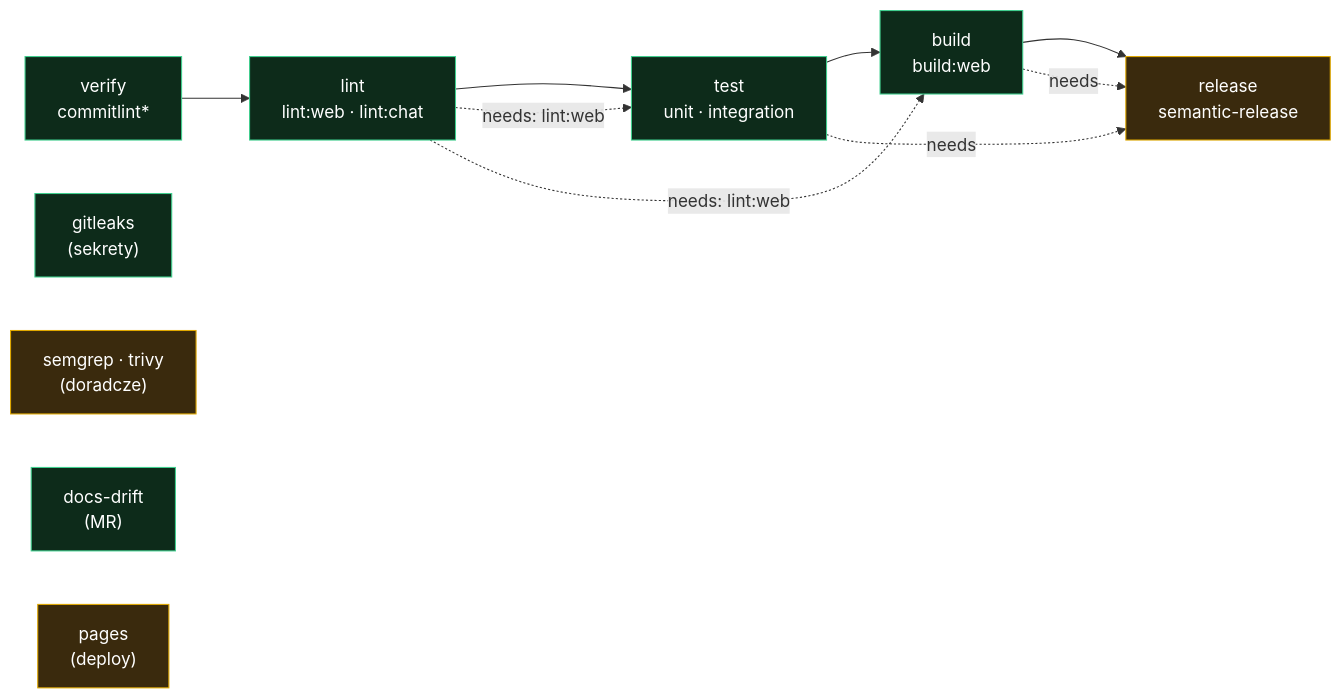
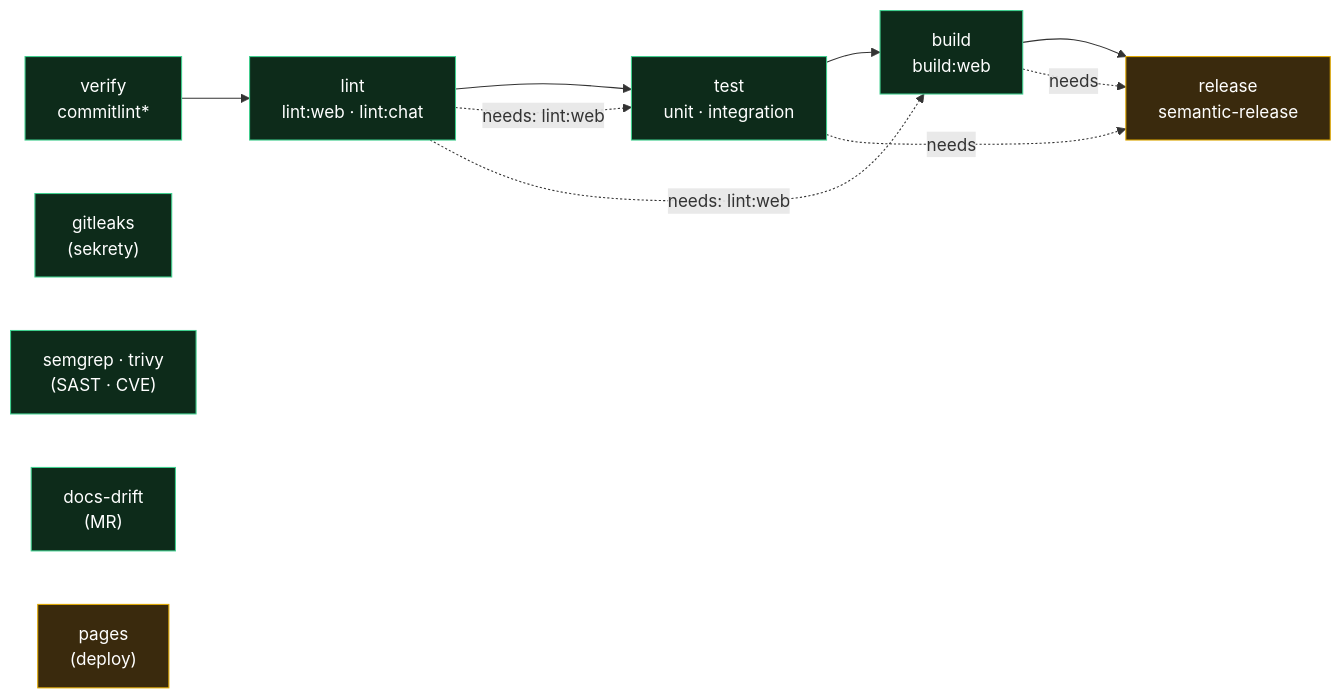
One commit to Gh0s777tt/ghost-empire changed the diagram in docs/MAINTENANCE.md. Above: the diagram before and after it, drawn with Mermaid. The commit also changed other lines of this file and 3 other files, not shown here.

````diff
--- a/docs/MAINTENANCE.md
+++ b/docs/MAINTENANCE.md
@@ -48,19 +48,19 @@
 ```mermaid
 flowchart LR
   V["verify<br/>commitlint*"] --> L["lint<br/>lint:web · lint:chat"]
   L --> T["test<br/>unit · integration"]
   T --> B["build<br/>build:web"]
   B --> R["release<br/>semantic-release"]
   SG["gitleaks<br/>(sekrety)"]
-  SS["semgrep · trivy<br/>(doradcze)"]
+  SS["semgrep · trivy<br/>(SAST · CVE)"]
   DD["docs-drift<br/>(MR)"]
   DP["pages<br/>(deploy)"]
   L -.->|needs: lint:web| T
   L -.->|needs: lint:web| B
   T -.->|needs| R
   B -.->|needs| R
   classDef hard fill:#0d2b1a,stroke:#3fcf8e,color:#fff;
   classDef soft fill:#3a2a0d,stroke:#e0a800,color:#fff;
-  class V,L,T,B,SG,DD hard;
-  class R,SS,DP soft;
+  class V,L,T,B,SG,SS,DD hard;
+  class R,DP soft;
 ```
````
